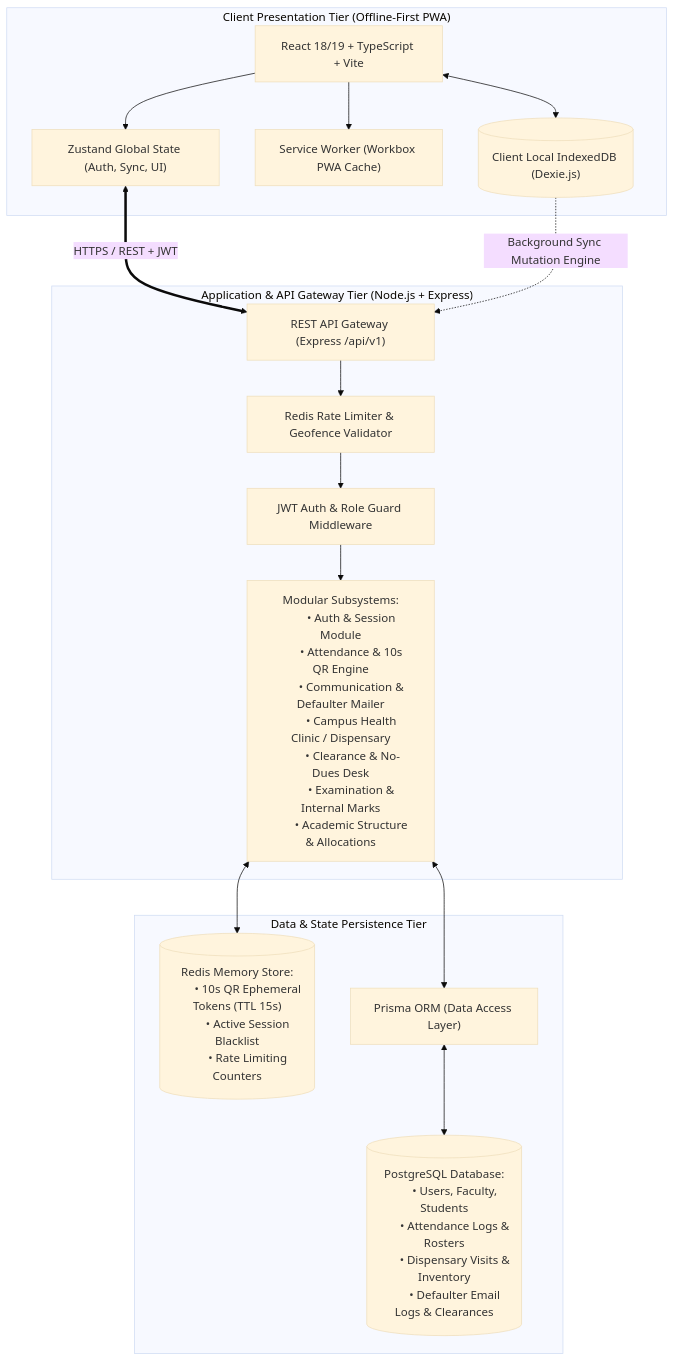
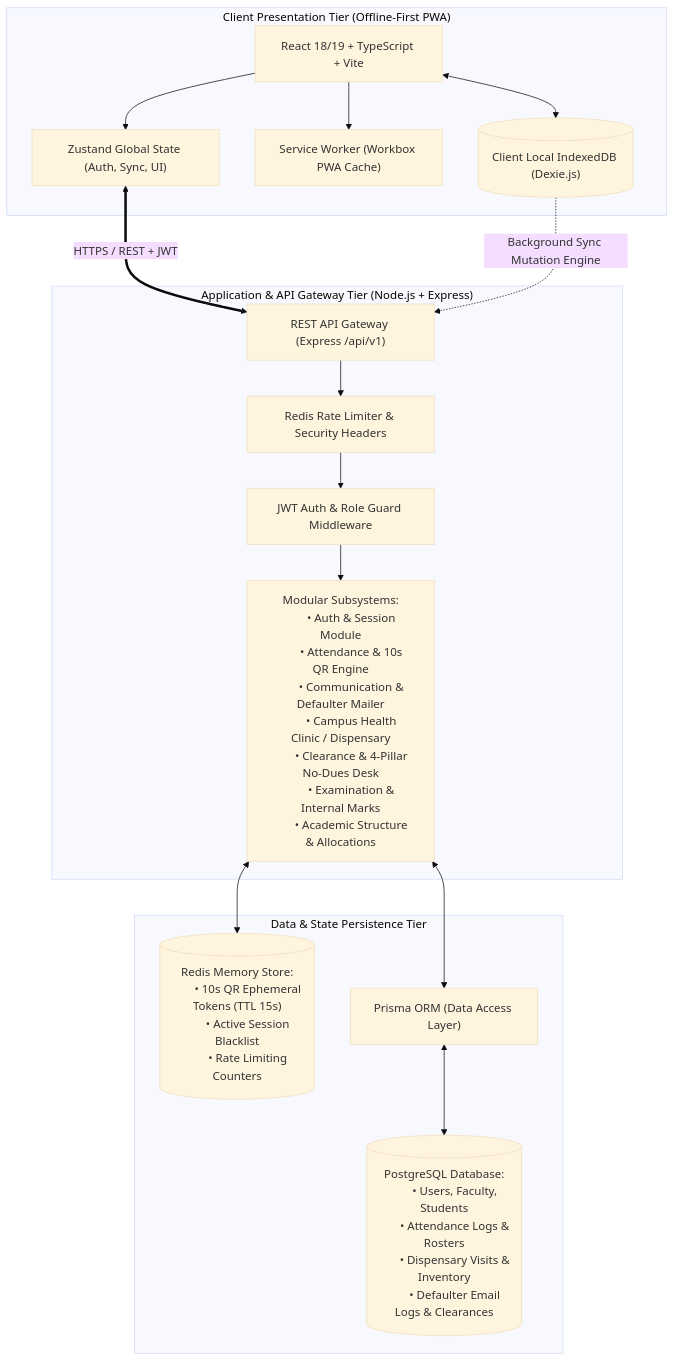
One commit to mudit-code/Attend-AI changed the first of 2 diagrams in README.md. Above: the diagram before and after it, drawn with Mermaid (base theme). The commit also changed other lines of this file and 35 other files, not shown here.

````diff
--- a/README.md
+++ b/README.md
@@ -65,50 +74,50 @@
 ```mermaid
 graph TD
     subgraph ClientLayer ["Client Presentation Tier (Offline-First PWA)"]
         UI["React 18/19 + TypeScript + Vite"]
         Zustand["Zustand Global State (Auth, Sync, UI)"]
         SW["Service Worker (Workbox PWA Cache)"]
         IDB[("Client Local IndexedDB (Dexie.js)")]
         UI --> Zustand
         UI <--> IDB
         UI --> SW
     end
 
     subgraph APILayer ["Application & API Gateway Tier (Node.js + Express)"]
         GW["REST API Gateway (Express /api/v1)"]
         AuthMW["JWT Auth & Role Guard Middleware"]
-        RateMW["Redis Rate Limiter & Geofence Validator"]
+        RateMW["Redis Rate Limiter & Security Headers"]
         
         Modules["Modular Subsystems:
         • Auth & Session Module
         • Attendance & 10s QR Engine
         • Communication & Defaulter Mailer
         • Campus Health Clinic / Dispensary
-        • Clearance & No-Dues Desk
+        • Clearance & 4-Pillar No-Dues Desk
         • Examination & Internal Marks
         • Academic Structure & Allocations"]
         
         GW --> RateMW --> AuthMW --> Modules
     end
 
     subgraph DataLayer ["Data & State Persistence Tier"]
         Redis[("Redis Memory Store:
         • 10s QR Ephemeral Tokens (TTL 15s)
         • Active Session Blacklist
         • Rate Limiting Counters")]
         
         Prisma["Prisma ORM (Data Access Layer)"]
         Postgres[("PostgreSQL Database:
         • Users, Faculty, Students
         • Attendance Logs & Rosters
         • Dispensary Visits & Inventory
         • Defaulter Email Logs & Clearances")]
         
         Modules <--> Redis
         Modules <--> Prisma
         Prisma <--> Postgres
     end
 
     Zustand <== "HTTPS / REST + JWT" ==> GW
     IDB -. "Background Sync Mutation Engine" .-> GW
 ```
````
